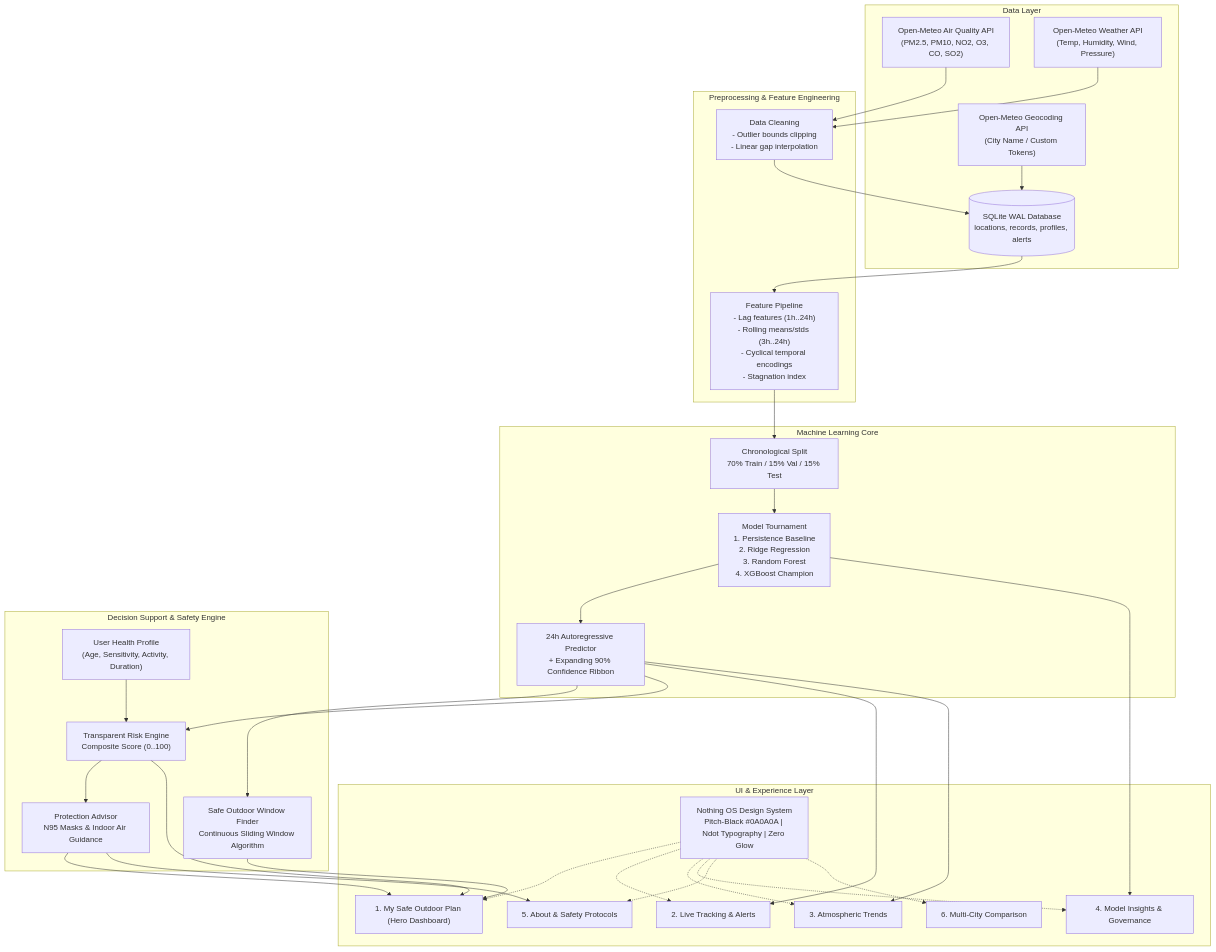
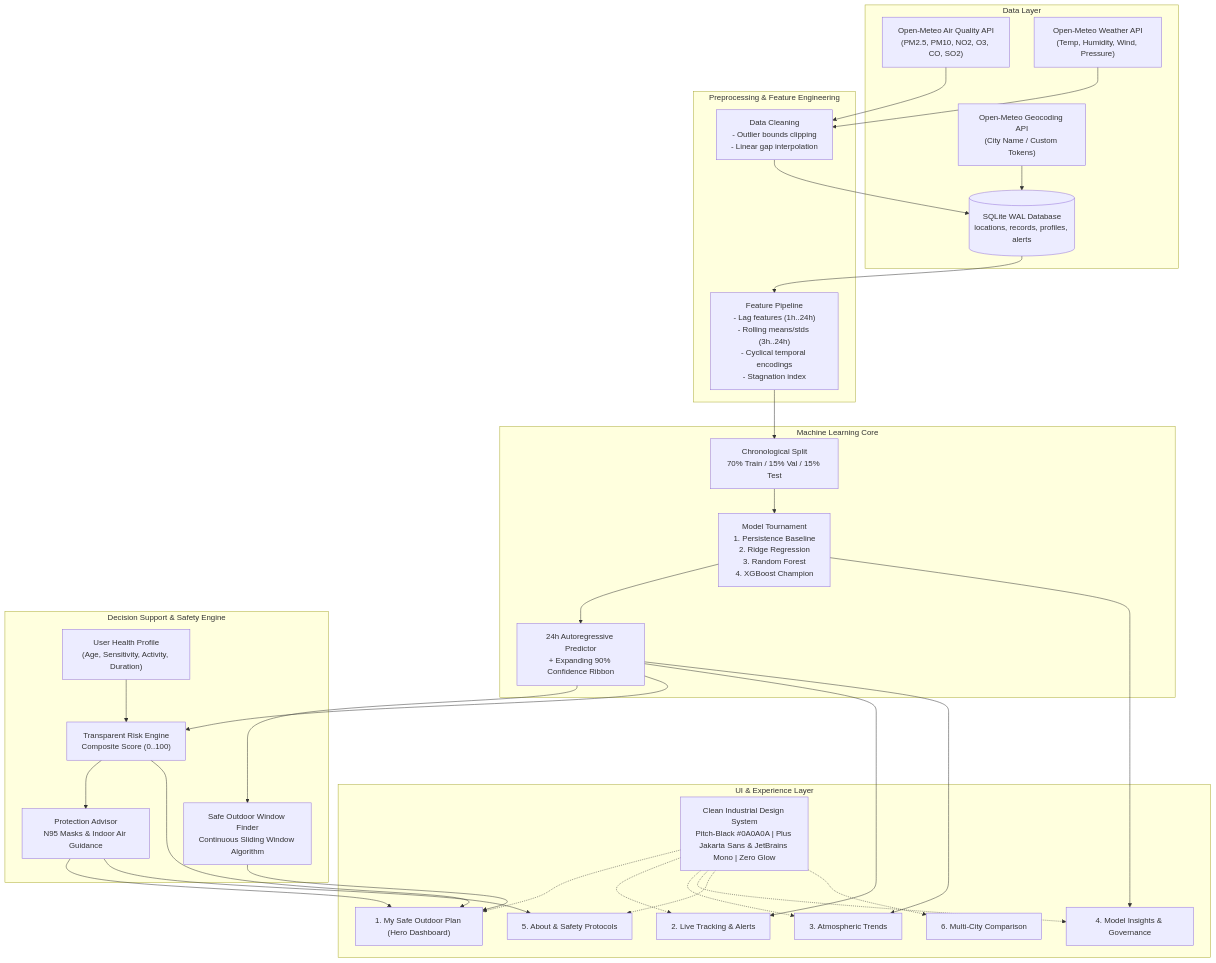
One commit to akshatk1997/airfusion changed the diagram in airguard/README.md. Above: the diagram before and after it, drawn with Mermaid. The commit also changed other lines of this file and 19 other files, not shown here.

Commit message:
feat(ui): restore Plus Jakarta Sans and JetBrains Mono typography across entire application

````diff
--- a/airguard/README.md
+++ b/airguard/README.md
@@ -116,61 +116,61 @@
 ```mermaid
 flowchart TD
     subgraph Data Layer
         API1["Open-Meteo Air Quality API<br/>(PM2.5, PM10, NO2, O3, CO, SO2)"]
         API2["Open-Meteo Weather API<br/>(Temp, Humidity, Wind, Pressure)"]
         API3["Open-Meteo Geocoding API<br/>(City Name / Custom Tokens)"]
         DB[(SQLite WAL Database<br/>locations, records, profiles, alerts)]
     end
 
     subgraph Preprocessing & Feature Engineering
         Prep["Data Cleaning<br/>- Outlier bounds clipping<br/>- Linear gap interpolation"]
         FE["Feature Pipeline<br/>- Lag features (1h..24h)<br/>- Rolling means/stds (3h..24h)<br/>- Cyclical temporal encodings<br/>- Stagnation index"]
     end
 
     subgraph Machine Learning Core
         Split["Chronological Split<br/>70% Train / 15% Val / 15% Test"]
         Models["Model Tournament<br/>1. Persistence Baseline<br/>2. Ridge Regression<br/>3. Random Forest<br/>4. XGBoost Champion"]
         Inference["24h Autoregressive Predictor<br/>+ Expanding 90% Confidence Ribbon"]
     end
 
     subgraph Decision Support & Safety Engine
         Profile["User Health Profile<br/>(Age, Sensitivity, Activity, Duration)"]
         RiskEngine["Transparent Risk Engine<br/>Composite Score (0..100)"]
         WindowFinder["Safe Outdoor Window Finder<br/>Continuous Sliding Window Algorithm"]
         Protection["Protection Advisor<br/>N95 Masks & Indoor Air Guidance"]
     end
 
     subgraph UI & Experience Layer
-        Theme["Nothing OS Design System<br/>Pitch-Black #0A0A0A | Ndot Typography | Zero Glow"]
+        Theme["Clean Industrial Design System<br/>Pitch-Black #0A0A0A | Plus Jakarta Sans & JetBrains Mono | Zero Glow"]
         P1["1. My Safe Outdoor Plan (Hero Dashboard)"]
         P2["2. Live Tracking & Alerts"]
         P3["3. Atmospheric Trends"]
         P4["4. Model Insights & Governance"]
         P5["5. About & Safety Protocols"]
         P6["6. Multi-City Comparison"]
     end
 
     API1 --> Prep
     API2 --> Prep
     API3 --> DB
     Prep --> DB
     DB --> FE
     FE --> Split --> Models --> Inference
     Inference --> WindowFinder
     Profile --> RiskEngine
     Inference --> RiskEngine
     RiskEngine --> Protection
     WindowFinder --> P1
     RiskEngine --> P1
     Protection --> P1
     Inference --> P2
     Inference --> P3
     Models --> P4
     Protection --> P5
     Theme -.-> P1
     Theme -.-> P2
     Theme -.-> P3
     Theme -.-> P4
     Theme -.-> P5
     Theme -.-> P6
 ```
````
